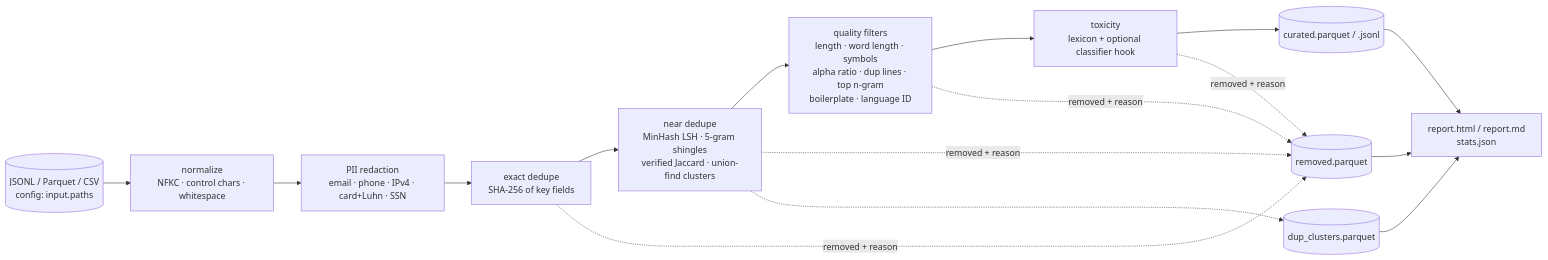
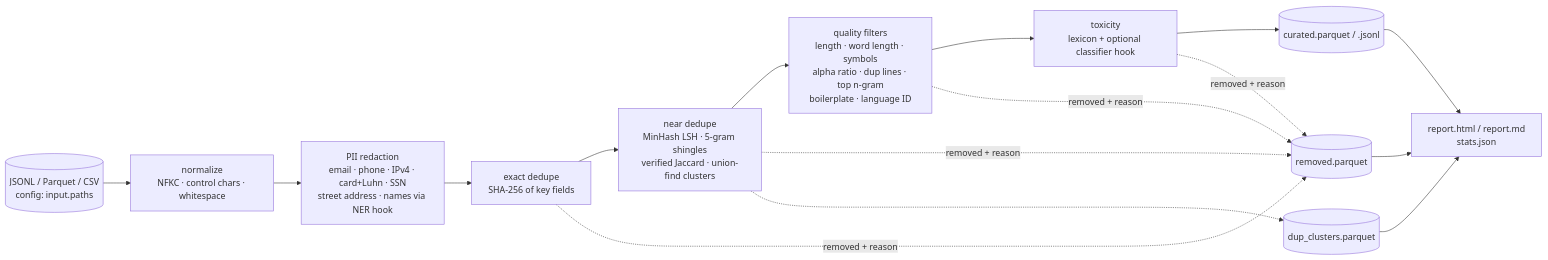
Before and after one commit to SuperJohn/llm-dataset-curation: the diagram in README.md, drawn with Mermaid. The commit also changed other lines of this file and 2 other files, not shown here.

First line of the commit message:
Test name/address PII and enable street addresses in sample (Closes #1)

````diff
--- a/README.md
+++ b/README.md
@@ -40,13 +40,13 @@
 ```mermaid
 flowchart LR
     IN[(JSONL / Parquet / CSV<br/>config: input.paths)] --> N[normalize<br/>NFKC · control chars · whitespace]
-    N --> P[PII redaction<br/>email · phone · IPv4 · card+Luhn · SSN]
+    N --> P[PII redaction<br/>email · phone · IPv4 · card+Luhn · SSN<br/>street address · names via NER hook]
     P --> E[exact dedupe<br/>SHA-256 of key fields]
     E --> NN[near dedupe<br/>MinHash LSH · 5-gram shingles<br/>verified Jaccard · union-find clusters]
     NN --> Q[quality filters<br/>length · word length · symbols<br/>alpha ratio · dup lines · top n-gram<br/>boilerplate · language ID]
     Q --> T[toxicity<br/>lexicon + optional classifier hook]
     T --> OUT[(curated.parquet / .jsonl)]
     E & NN & Q & T -.removed + reason.-> RM[(removed.parquet)]
     NN -.-> CL[(dup_clusters.parquet)]
     OUT & RM & CL --> R[report.html / report.md<br/>stats.json]
 ```
````
